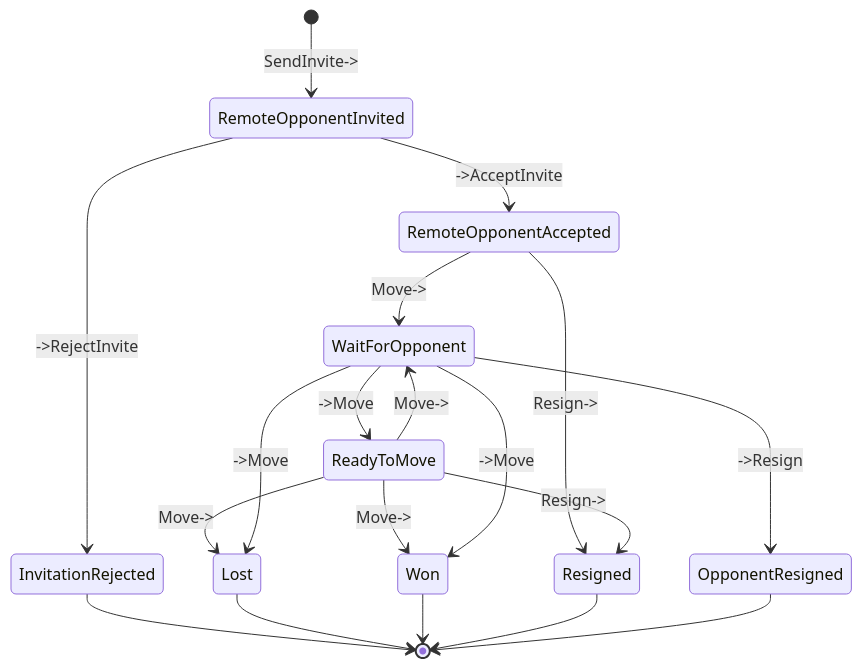
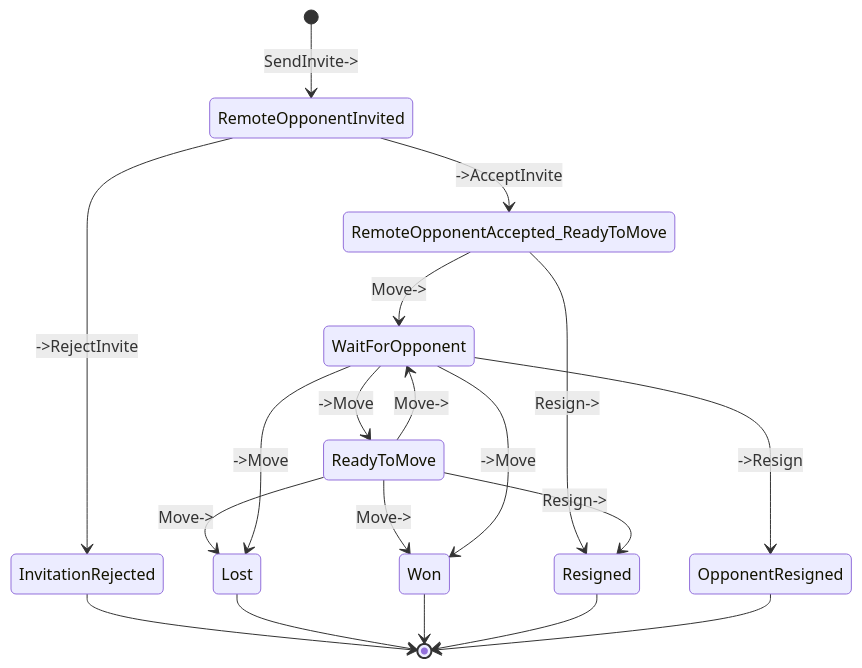
Before and after one commit to jenspfahl/hylex: the first of 5 diagrams in README.md, drawn with Mermaid. The commit also changed other lines of this file and 5 other files, not shown here.

````diff
--- a/README.md
+++ b/README.md
@@ -41,22 +41,22 @@
 ```mermaid
 stateDiagram-v2
 
     [*] --> RemoteOpponentInvited: SendInvite->
-    RemoteOpponentInvited --> RemoteOpponentAccepted: ->AcceptInvite
+    RemoteOpponentInvited --> RemoteOpponentAccepted_ReadyToMove: ->AcceptInvite
     RemoteOpponentInvited --> InvitationRejected: ->RejectInvite
     InvitationRejected --> [*]
-    RemoteOpponentAccepted --> WaitForOpponent: Move->
-    RemoteOpponentAccepted --> Resigned: Resign->
+    RemoteOpponentAccepted_ReadyToMove --> WaitForOpponent: Move->
+    RemoteOpponentAccepted_ReadyToMove --> Resigned: Resign->
     ReadyToMove --> WaitForOpponent: Move->
     WaitForOpponent --> ReadyToMove: ->Move
     ReadyToMove --> Lost: Move->
     ReadyToMove --> Won: Move->
     ReadyToMove --> Resigned: Resign->
     WaitForOpponent --> Lost: ->Move
     WaitForOpponent --> Won: ->Move
     WaitForOpponent --> OpponentResigned: ->Resign    
     Lost --> [*]
     Won --> [*]
     Resigned --> [*]
     OpponentResigned --> [*]
 ```
````
